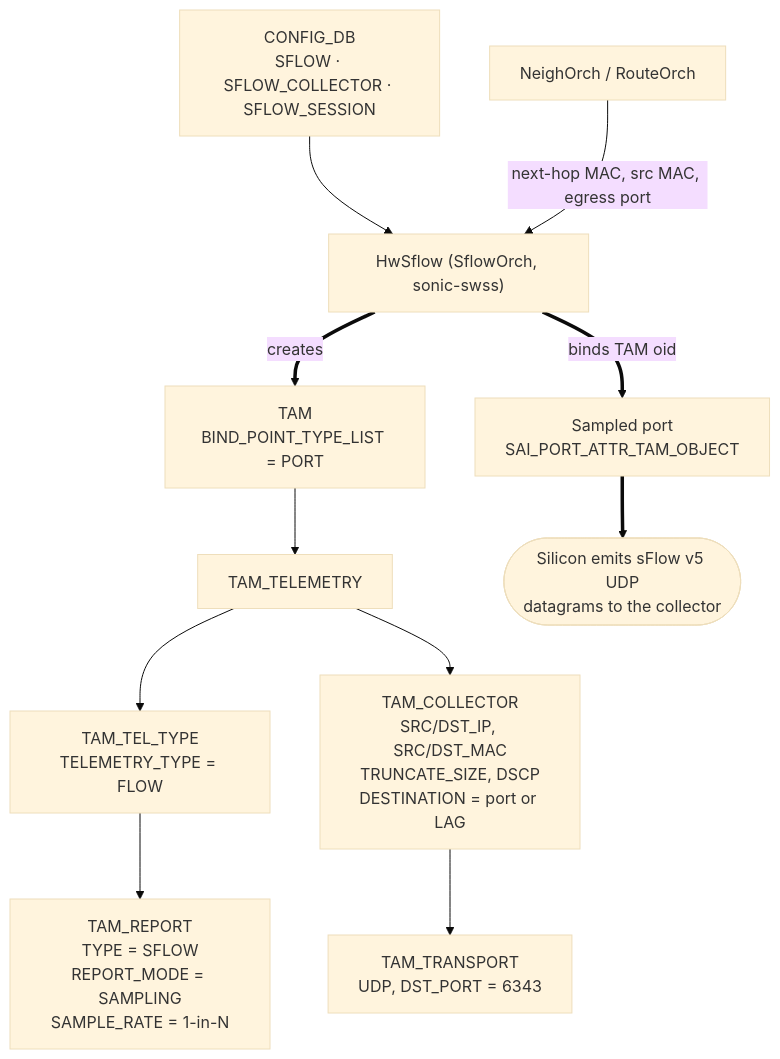
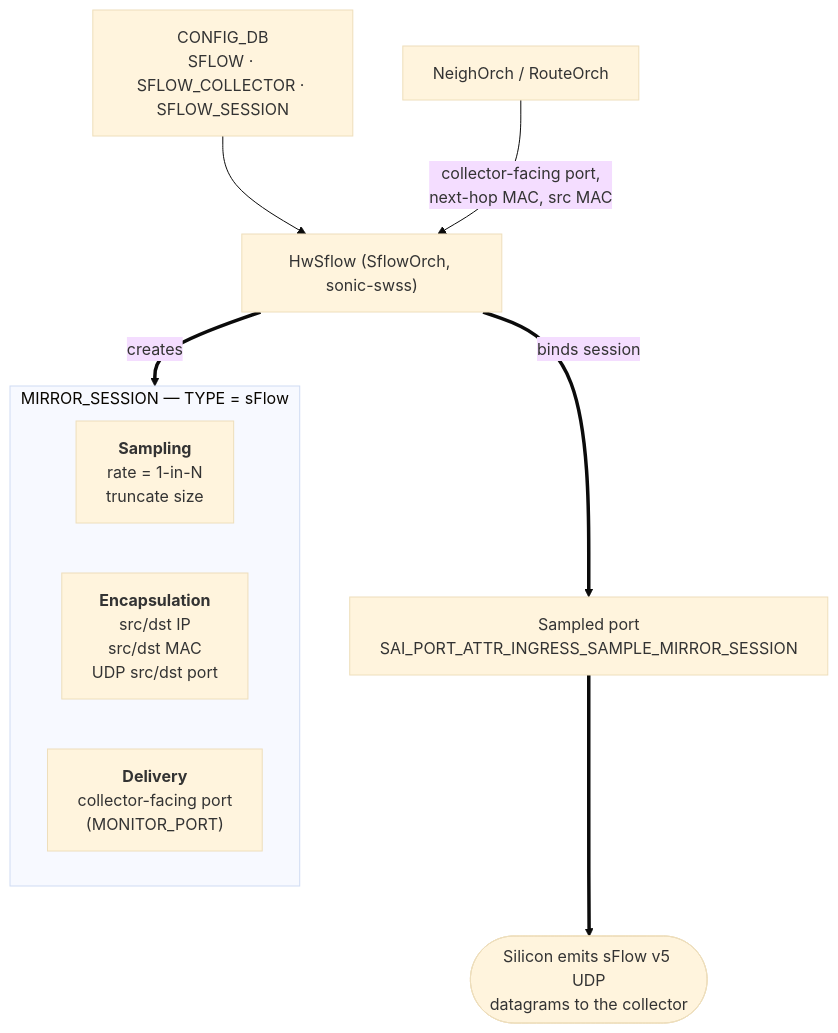
One commit to sonic-net/SONiC changed the diagram in doc/sflow/hw_sflow_hld.md. Above: the diagram before and after it, drawn with Mermaid (base theme). The commit also changed other lines of this file, not shown here.

Commit message:
Change to SAI mirror session APIs

````diff
--- a/doc/sflow/hw_sflow_hld.md
+++ b/doc/sflow/hw_sflow_hld.md
@@ -98,13 +104,14 @@
 ```mermaid
 flowchart TB
     CFG["CONFIG_DB<br/>SFLOW · SFLOW_COLLECTOR · SFLOW_SESSION"] --> ORCH
-    NR["NeighOrch / RouteOrch"] -->|"next-hop MAC, src MAC, egress port"| ORCH
-    ORCH["HwSflow (SflowOrch, sonic-swss)"] ==>|creates| TAM
-    TAM["TAM<br/>BIND_POINT_TYPE_LIST = PORT"] --> TLM["TAM_TELEMETRY"]
-    TLM --> TT["TAM_TEL_TYPE<br/>TELEMETRY_TYPE = FLOW"]
-    TLM --> COL["TAM_COLLECTOR<br/>SRC/DST_IP, SRC/DST_MAC<br/>TRUNCATE_SIZE, DSCP<br/>DESTINATION = port or LAG"]
-    TT --> RPT["TAM_REPORT<br/>TYPE = SFLOW<br/>REPORT_MODE = SAMPLING<br/>SAMPLE_RATE = 1-in-N"]
-    COL --> TRN["TAM_TRANSPORT<br/>UDP, DST_PORT = 6343"]
-    ORCH ==>|"binds TAM oid"| PORT["Sampled port<br/>SAI_PORT_ATTR_TAM_OBJECT"]
+    NR["NeighOrch / RouteOrch"] -->|"collector-facing port,<br/>next-hop MAC, src MAC"| ORCH
+    ORCH["HwSflow (SflowOrch, sonic-swss)"] ==>|creates| MS
+    subgraph MS["MIRROR_SESSION — TYPE = sFlow"]
+        direction LR
+        SMP["<b>Sampling</b><br/>rate = 1-in-N<br/>truncate size"]
+        ENC["<b>Encapsulation</b><br/>src/dst IP<br/>src/dst MAC<br/>UDP src/dst port"]
+        DLV["<b>Delivery</b><br/>collector-facing port<br/>(MONITOR_PORT)"]
+    end
+    ORCH ==>|"binds session"| PORT["Sampled port<br/>SAI_PORT_ATTR_INGRESS_SAMPLE_MIRROR_SESSION"]
     PORT ==> WIRE(["Silicon emits sFlow v5 UDP<br/>datagrams to the collector"])
 ```
````
